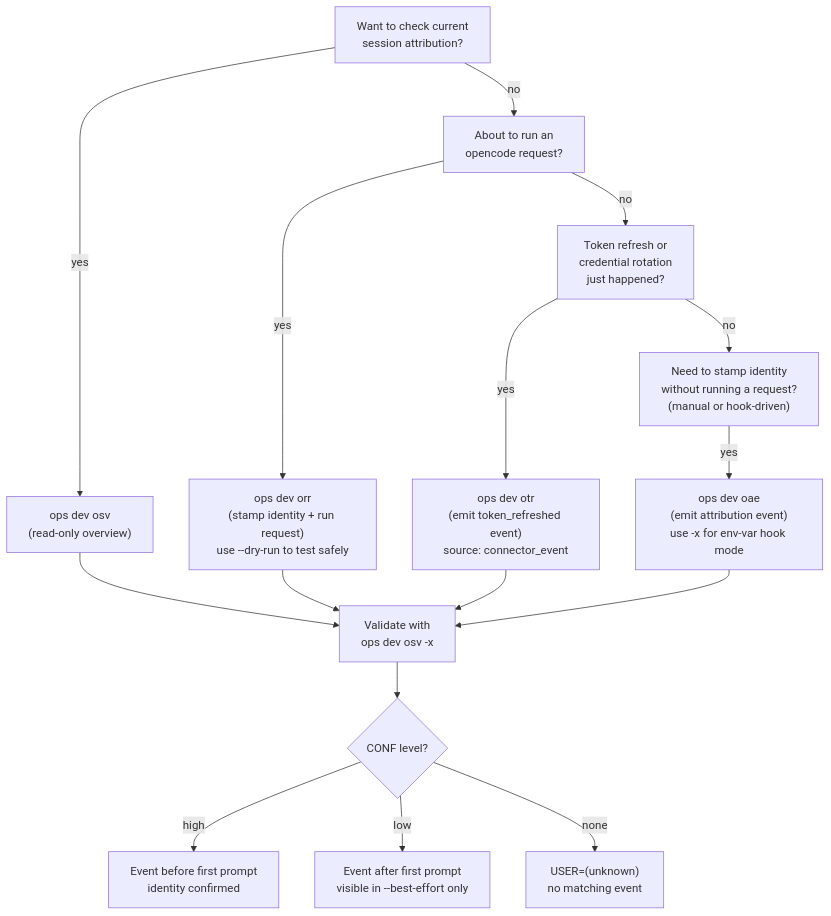
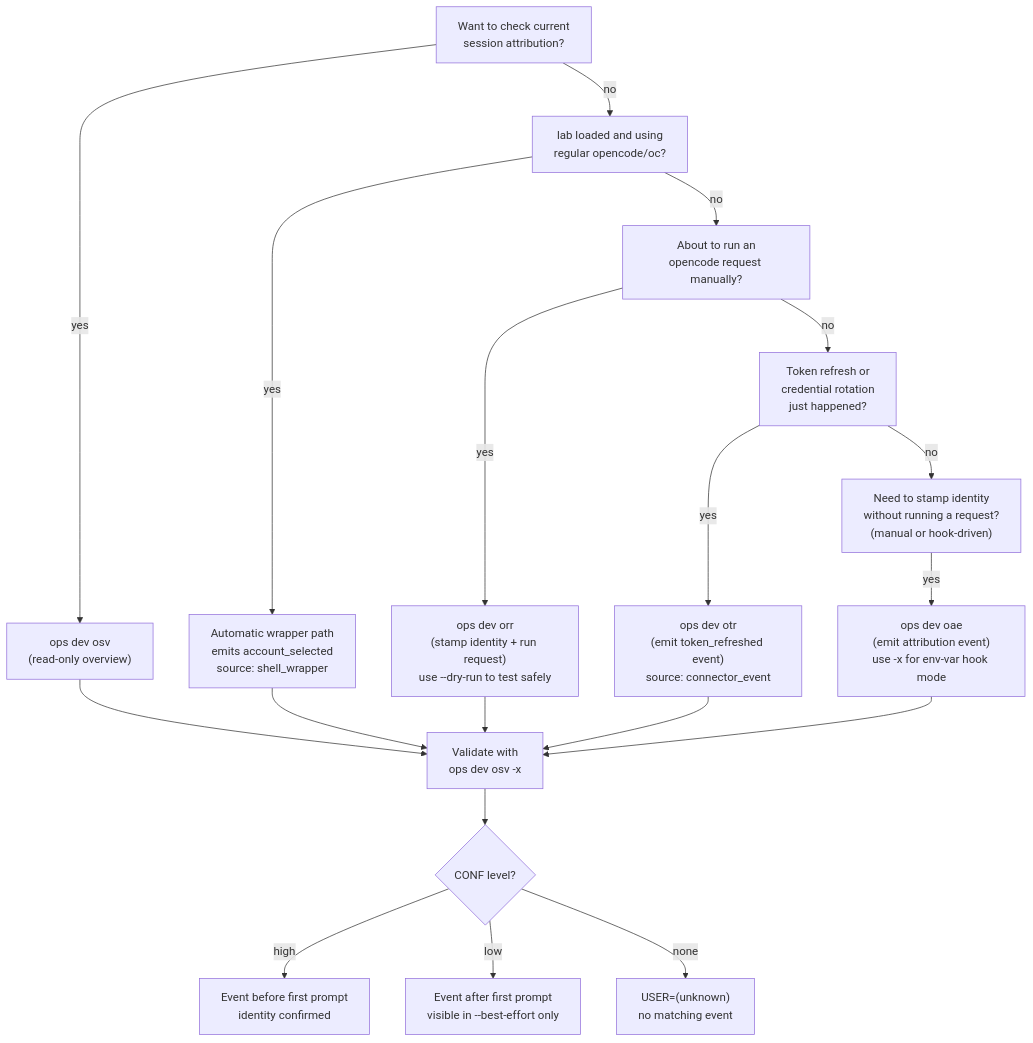
One commit to woeiru/lab changed the diagram in doc/man/07-dev-session-attribution-workflow.md. Above: the diagram before and after it, drawn with Mermaid. The commit also changed other lines of this file and 12 other files, not shown here.

First line of the commit message:
dev: wire automatic opencode account attribution

````diff
--- a/doc/man/07-dev-session-attribution-workflow.md
+++ b/doc/man/07-dev-session-attribution-workflow.md
@@ -22,23 +25,27 @@
 ```mermaid
 flowchart TD
     A["Want to check current\nsession attribution?"] -->|yes| OSV["ops dev osv\n(read-only overview)"]
     A -->|no| B
 
-    B["About to run an\nopencode request?"] -->|yes| ORR["ops dev orr\n(stamp identity + run request)\nuse --dry-run to test safely"]
+    B["lab loaded and using\nregular opencode/oc?"] -->|yes| AUTO["Automatic wrapper path\nemits account_selected\nsource: shell_wrapper"]
     B -->|no| C
 
-    C["Token refresh or\ncredential rotation\njust happened?"] -->|yes| OTR["ops dev otr\n(emit token_refreshed event)\nsource: connector_event"]
+    C["About to run an\nopencode request manually?"] -->|yes| ORR["ops dev orr\n(stamp identity + run request)\nuse --dry-run to test safely"]
     C -->|no| D
 
-    D["Need to stamp identity\nwithout running a request?\n(manual or hook-driven)"] -->|yes| OAE["ops dev oae\n(emit attribution event)\nuse -x for env-var hook mode"]
+    D["Token refresh or\ncredential rotation\njust happened?"] -->|yes| OTR["ops dev otr\n(emit token_refreshed event)\nsource: connector_event"]
+    D -->|no| E
+
+    E["Need to stamp identity\nwithout running a request?\n(manual or hook-driven)"] -->|yes| OAE["ops dev oae\n(emit attribution event)\nuse -x for env-var hook mode"]
 
     OSV --> V["Validate with\nops dev osv -x"]
+    AUTO --> V
     ORR --> V
     OTR --> V
     OAE --> V
 
     V --> STRICT{"CONF level?"}
     STRICT -->|high| OK["Event before first prompt\nidentity confirmed"]
     STRICT -->|low| BE["Event after first prompt\nvisible in --best-effort only"]
     STRICT -->|none| UNKNOWN["USER=(unknown)\nno matching event"]
 ```
````
